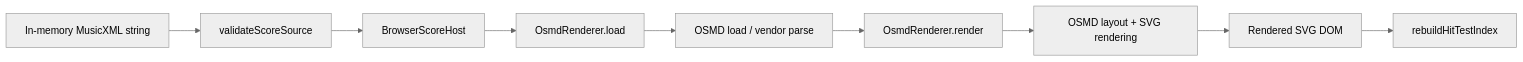
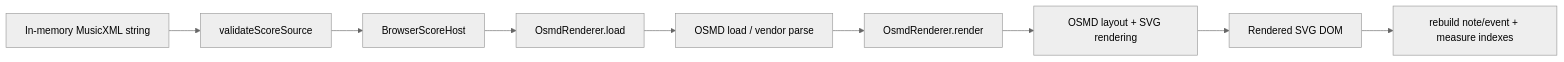
Before and after one commit to khfy7wpr5p-maker/st-score-rendering-layer: the second of 8 diagrams in docs/ARCHITECTURE.md, drawn with Mermaid (neutral theme). The commit also changed other lines of this file, not shown here.

Commit message:
docs: reconcile production rendering architecture

````diff
--- a/docs/ARCHITECTURE.md
+++ b/docs/ARCHITECTURE.md
@@ -89,14 +90,14 @@
 ```mermaid
 flowchart LR
   XML[In-memory MusicXML string]
   Validate[validateScoreSource]
   Host[BrowserScoreHost]
   Load[OsmdRenderer.load]
   OSMDLoad[OSMD load / vendor parse]
   Render[OsmdRenderer.render]
   Layout[OSMD layout + SVG rendering]
-  Index[rebuildHitTestIndex]
+  Index[rebuild note/event + measure indexes]
   Output[Rendered SVG DOM]
 
   XML --> Validate --> Host --> Load --> OSMDLoad --> Render --> Layout --> Output --> Index
 ```
````
